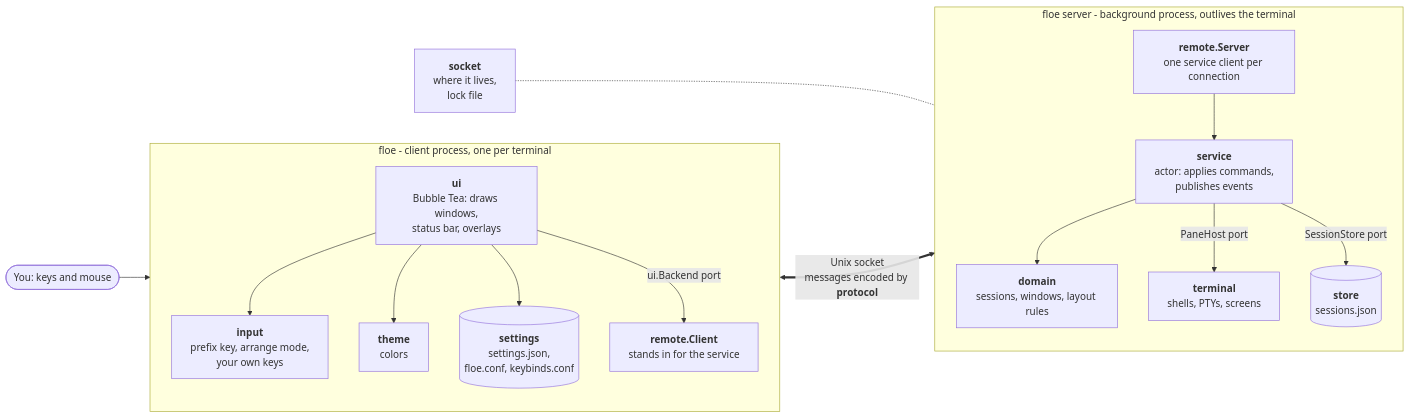
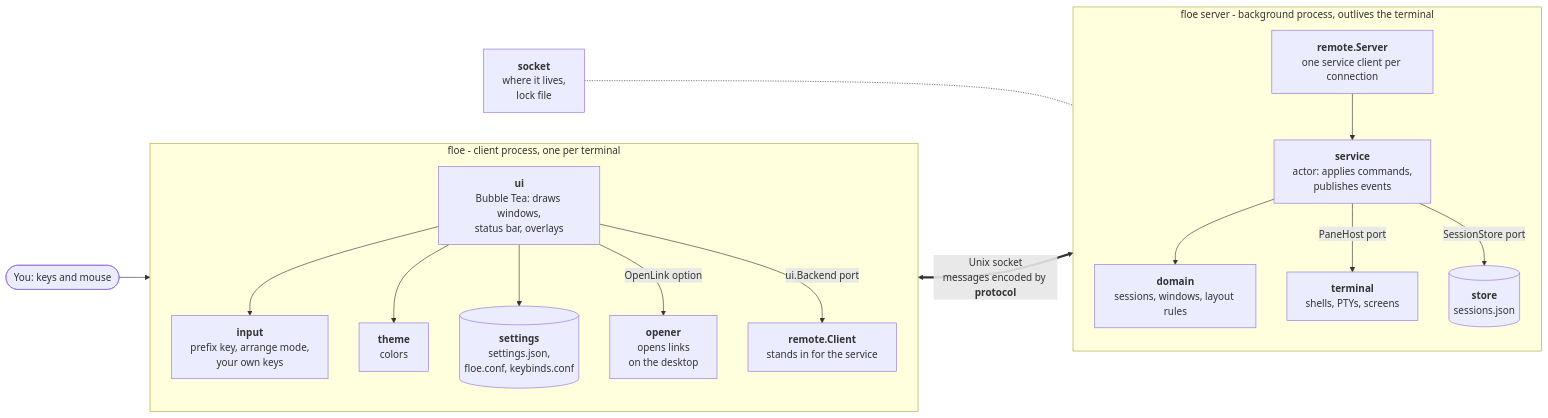
One commit to thomassbooth/floe changed the first of 3 diagrams in ARCHITECTURE.md. Above: the diagram before and after it, drawn with Mermaid. The commit also changed other lines of this file and 21 other files, not shown here.

First line of the commit message:
Open links with a click

````diff
--- a/ARCHITECTURE.md
+++ b/ARCHITECTURE.md
@@ -10,34 +10,36 @@
 ```mermaid
 flowchart LR
     you(["You: keys and mouse"])
 
     subgraph client["floe - client process, one per terminal"]
         direction TB
         ui["<b>ui</b><br/>Bubble Tea: draws windows,<br/>status bar, overlays"]
         input["<b>input</b><br/>prefix key, arrange mode,<br/>your own keys"]
         theme["<b>theme</b><br/>colors"]
         settings[("<b>settings</b><br/>settings.json,<br/>floe.conf, keybinds.conf")]
+        opener["<b>opener</b><br/>opens links<br/>on the desktop"]
         rclient["<b>remote.Client</b><br/>stands in for the service"]
         ui --> input
         ui --> theme
         ui --> settings
+        ui -- "OpenLink option" --> opener
         ui -- "ui.Backend port" --> rclient
     end
 
     subgraph server["floe server - background process, outlives the terminal"]
         direction TB
         rserver["<b>remote.Server</b><br/>one service client per connection"]
         service["<b>service</b><br/>actor: applies commands,<br/>publishes events"]
         domain["<b>domain</b><br/>sessions, windows, layout rules"]
         terminal["<b>terminal</b><br/>shells, PTYs, screens"]
         store[("<b>store</b><br/>sessions.json")]
         rserver --> service
         service --> domain
         service -- "PaneHost port" --> terminal
         service -- "SessionStore port" --> store
     end
 
     you --> ui
     rclient <==>|"Unix socket<br/>messages encoded by <b>protocol</b>"| rserver
     socket["<b>socket</b><br/>where it lives,<br/>lock file"] -.- rserver
 ```
````
